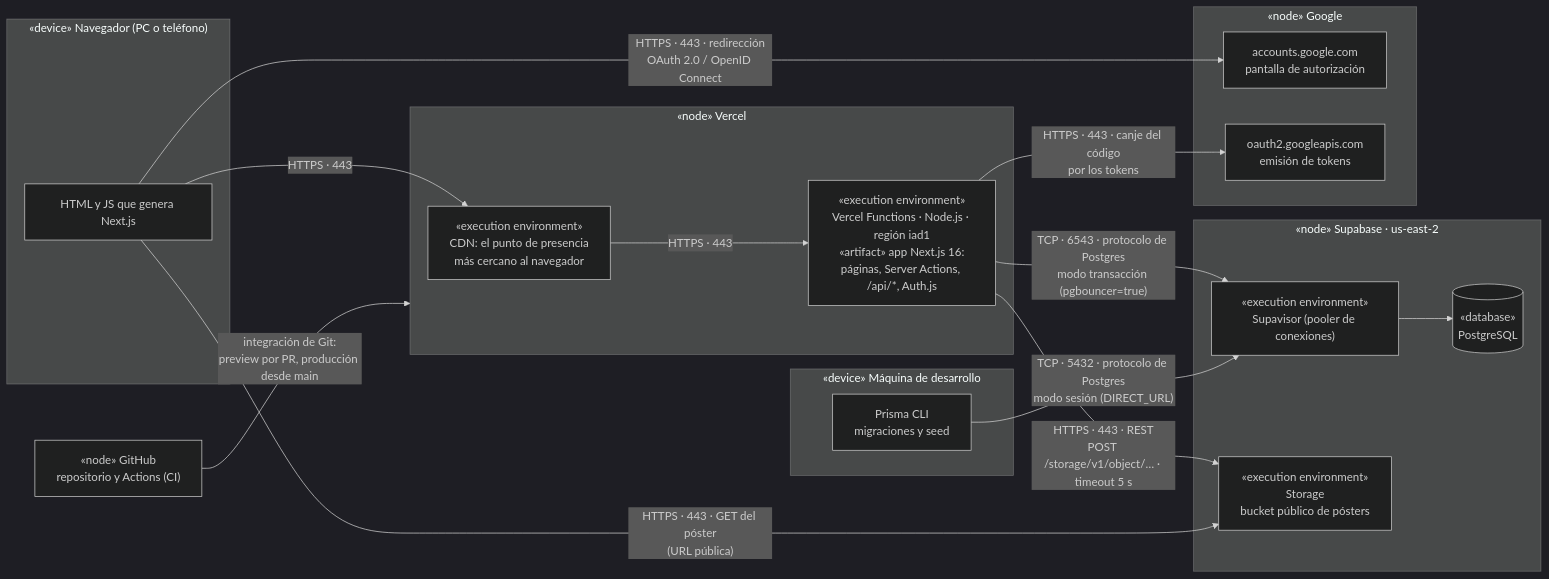
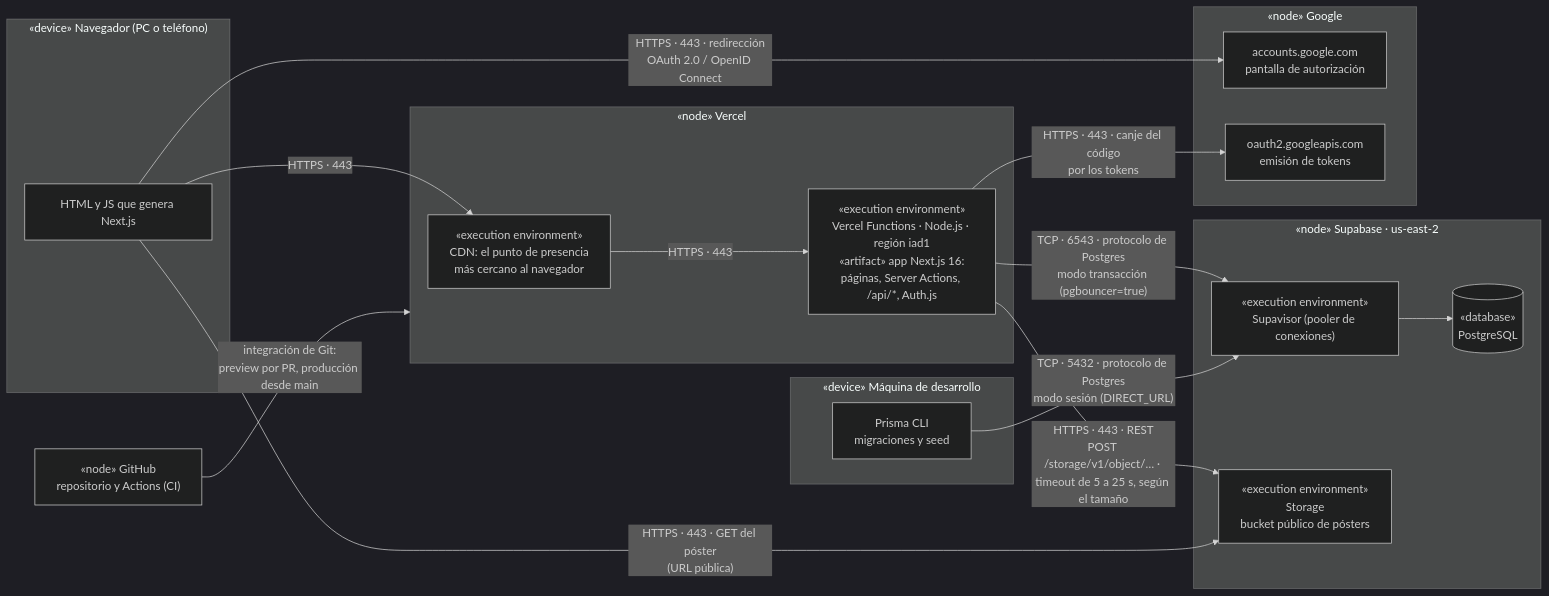
Before and after one commit to NachoCainelli/Cinema-MDW-2026: the diagram in docs/despliegue.md, drawn with Mermaid (dark theme). The commit also changed other lines of this file and 4 other files, not shown here.

Commit message:
escala el timeout de Storage según el tamaño del archivo

````diff
--- a/docs/despliegue.md
+++ b/docs/despliegue.md
@@ -9,39 +9,39 @@
 ```mermaid
 flowchart LR
   subgraph cliente["«device» Navegador (PC o teléfono)"]
     nav["HTML y JS que genera Next.js"]
   end
 
   subgraph vercel["«node» Vercel"]
     pop["«execution environment»<br/>CDN: el punto de presencia<br/>más cercano al navegador"]
     fn["«execution environment»<br/>Vercel Functions · Node.js · región iad1<br/>«artifact» app Next.js 16:<br/>páginas, Server Actions, /api/*, Auth.js"]
   end
 
   subgraph supabase["«node» Supabase · us-east-2"]
     pooler["«execution environment»<br/>Supavisor (pooler de conexiones)"]
     pg[("«database»<br/>PostgreSQL")]
     storage["«execution environment»<br/>Storage<br/>bucket público de pósters"]
   end
 
   subgraph google["«node» Google"]
     cuentas["accounts.google.com<br/>pantalla de autorización"]
     tokens["oauth2.googleapis.com<br/>emisión de tokens"]
   end
 
   subgraph dev["«device» Máquina de desarrollo"]
     cli["Prisma CLI<br/>migraciones y seed"]
   end
 
   github["«node» GitHub<br/>repositorio y Actions (CI)"]
 
   nav -- "HTTPS · 443" --> pop
   pop -- "HTTPS · 443" --> fn
   fn -- "TCP · 6543 · protocolo de Postgres<br/>modo transacción (pgbouncer=true)" --> pooler
   cli -- "TCP · 5432 · protocolo de Postgres<br/>modo sesión (DIRECT_URL)" --> pooler
   pooler --> pg
-  fn -- "HTTPS · 443 · REST<br/>POST /storage/v1/object/… · timeout 5 s" --> storage
+  fn -- "HTTPS · 443 · REST<br/>POST /storage/v1/object/… · timeout de 5 a 25 s, según el tamaño" --> storage
   nav -- "HTTPS · 443 · GET del póster<br/>(URL pública)" --> storage
   nav -- "HTTPS · 443 · redirección<br/>OAuth 2.0 / OpenID Connect" --> cuentas
   fn -- "HTTPS · 443 · canje del código<br/>por los tokens" --> tokens
   github -- "integración de Git:<br/>preview por PR, producción desde main" --> vercel
 ```
````
